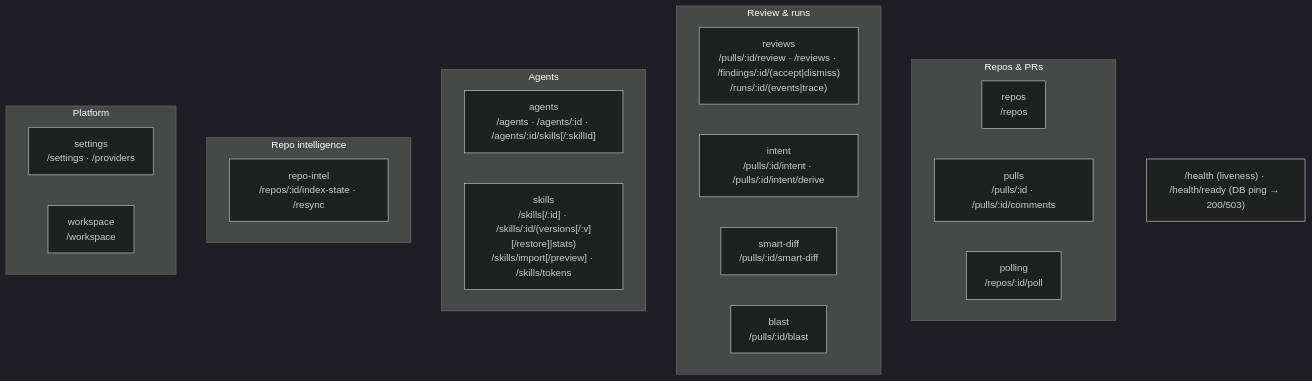
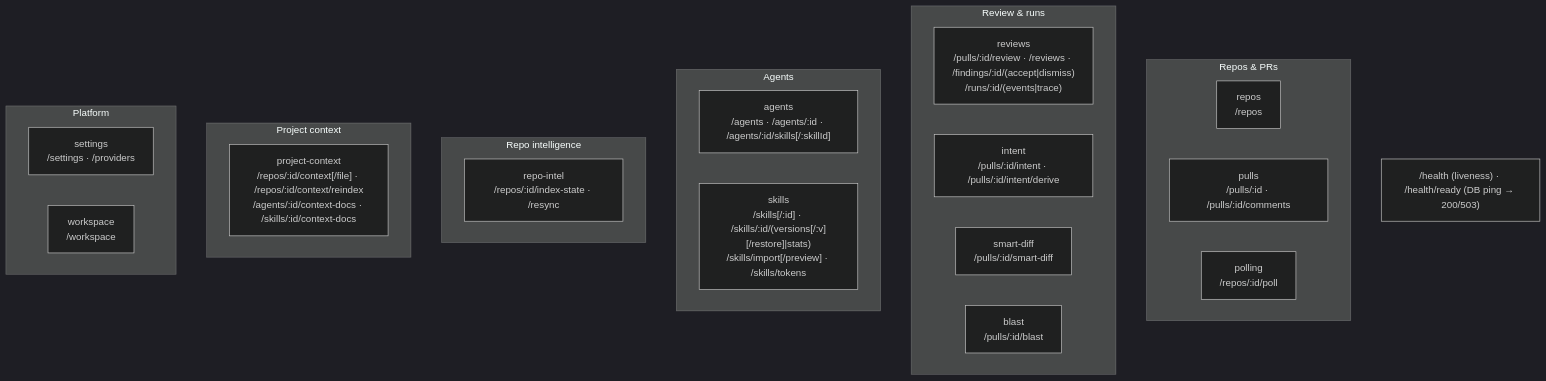
One commit to shofulk/dev-digest changed the second of 2 diagrams in server/README.md. Above: the diagram before and after it, drawn with Mermaid (dark theme). The commit also changed other lines of this file and 109 other files, not shown here.

First line of the commit message:
feat(project-context): attach repo docs to agents and skills, inject them into reviews

````diff
--- a/server/README.md
+++ b/server/README.md
@@ -64,26 +64,29 @@
 ```mermaid
 flowchart TB
   subgraph Repos_PRs["Repos & PRs"]
     repos["repos<br/>/repos"]
     pulls["pulls<br/>/pulls/:id · /pulls/:id/comments"]
     polling["polling<br/>/repos/:id/poll"]
   end
   subgraph Review["Review & runs"]
     reviews["reviews<br/>/pulls/:id/review · /reviews · /findings/:id/(accept|dismiss)<br/>/runs/:id/(events|trace)"]
     intent["intent<br/>/pulls/:id/intent · /pulls/:id/intent/derive"]
     smartDiff["smart-diff<br/>/pulls/:id/smart-diff"]
     blast["blast<br/>/pulls/:id/blast"]
   end
   subgraph Agents["Agents"]
     agents["agents<br/>/agents · /agents/:id · /agents/:id/skills[/:skillId]"]
     skills["skills<br/>/skills[/:id] · /skills/:id/(versions[/:v][/restore]|stats)<br/>/skills/import[/preview] · /skills/tokens"]
   end
   subgraph Intel["Repo intelligence"]
     repoIntel["repo-intel<br/>/repos/:id/index-state · /resync"]
   end
+  subgraph ProjectContext["Project context"]
+    projectContext["project-context<br/>/repos/:id/context[/file] · /repos/:id/context/reindex<br/>/agents/:id/context-docs · /skills/:id/context-docs"]
+  end
   subgraph Platform["Platform"]
     settings["settings<br/>/settings · /providers"]
     workspace["workspace<br/>/workspace"]
   end
   HEALTH["/health (liveness) · /health/ready (DB ping → 200/503)"]
 ```
````
